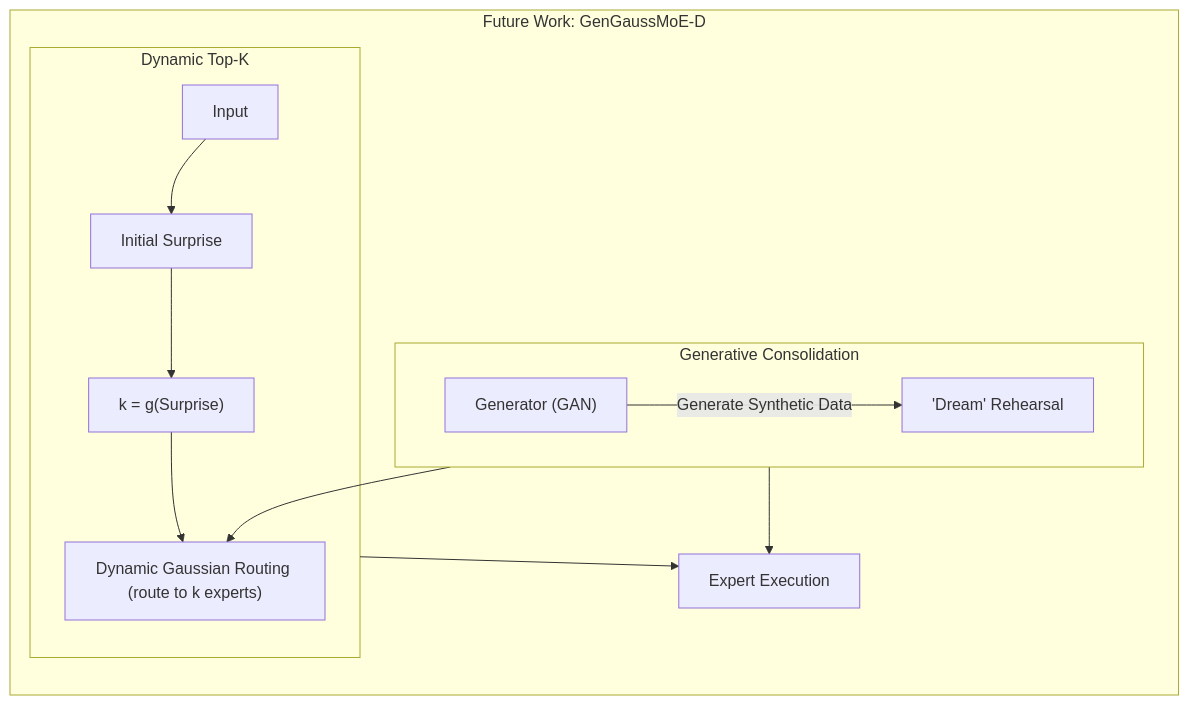
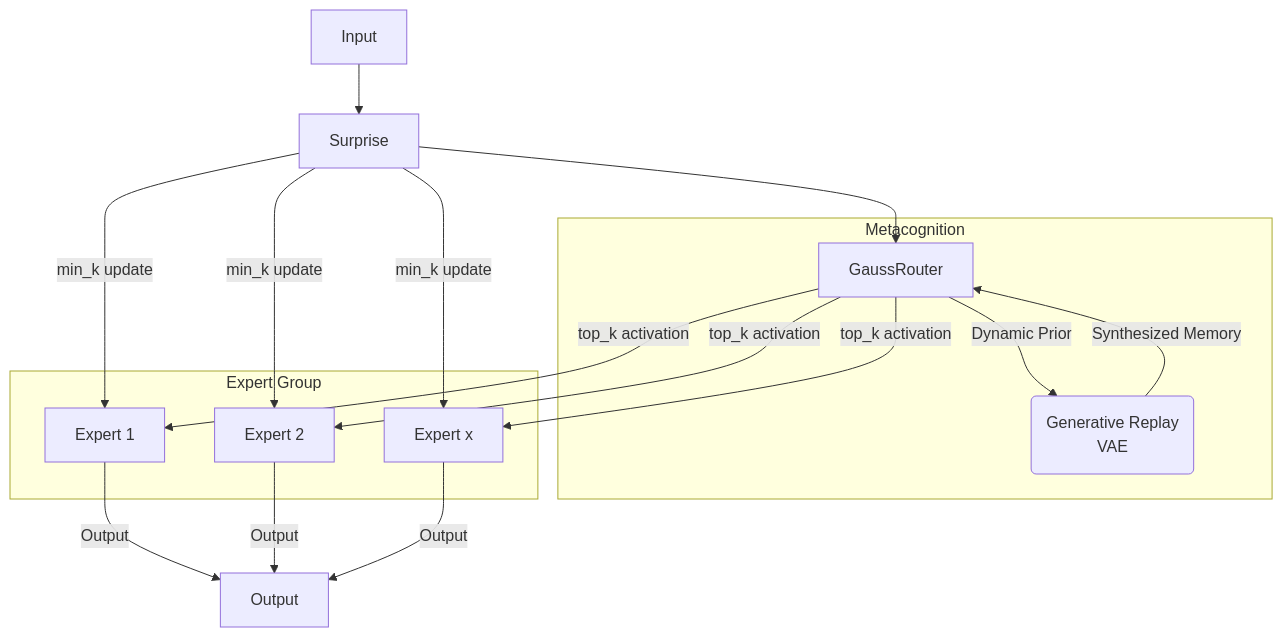
Before and after one commit to anmoa/PILF: the diagram in readme.md, drawn with Mermaid. The commit also changed other lines of this file and 16 other files, not shown here.

Commit message:
Prepare for GenGaussianMoE-SMK

````diff
--- a/readme.md
+++ b/readme.md
@@ -156,21 +34,20 @@
 ```mermaid
-graph LR
-    subgraph FutureWork [Future Work: GenGaussMoE-D]
-        direction TB
+flowchart TD
+subgraph meta_cognition["Metacognition"]
+        Router["GaussRouter"]
+        VAE("Generative Replay<br>VAE")
+end
+subgraph ExpertGroup["Expert Group"]
+        EXP1["Expert 1"]
+        EXP2["Expert 2"]
+        EXPx["Expert x"]
+end
 
-        subgraph DynamicK [Dynamic Top-K]
-            Input --> Surprise["Initial Surprise"]
-            Surprise --> k_Value["k = g(Surprise)"]
-            k_Value --> DynamicGating["Dynamic Gaussian Routing (route to k experts)"]
-        end
-
-        subgraph GenerativeConsolidation [Generative Consolidation]
-            direction LR
-            GenerativeModel["Generator (GAN)"] -- "Generate Synthetic Data" --> RehearsalBuffer["'Dream' Rehearsal"]
-            RehearsalBuffer --> DynamicGating
-        end
-
-        DynamicK --> ExpertExecution2["Expert Execution"]
-        GenerativeConsolidation --> ExpertExecution2
-    end
+Input["Input"] --> Surprise[Surprise]
+Surprise --> Router
+Surprise -- min_k update --> EXP1 & EXP2 & EXPx
+Router -- top_k activation --> EXP1 & EXP2 & EXPx
+EXP1 & EXP2 & EXPx -- Output --> Output["Output"]
+Router -- Dynamic Prior --> VAE
+VAE -- Synthesized Memory --> Router
 ```
````
